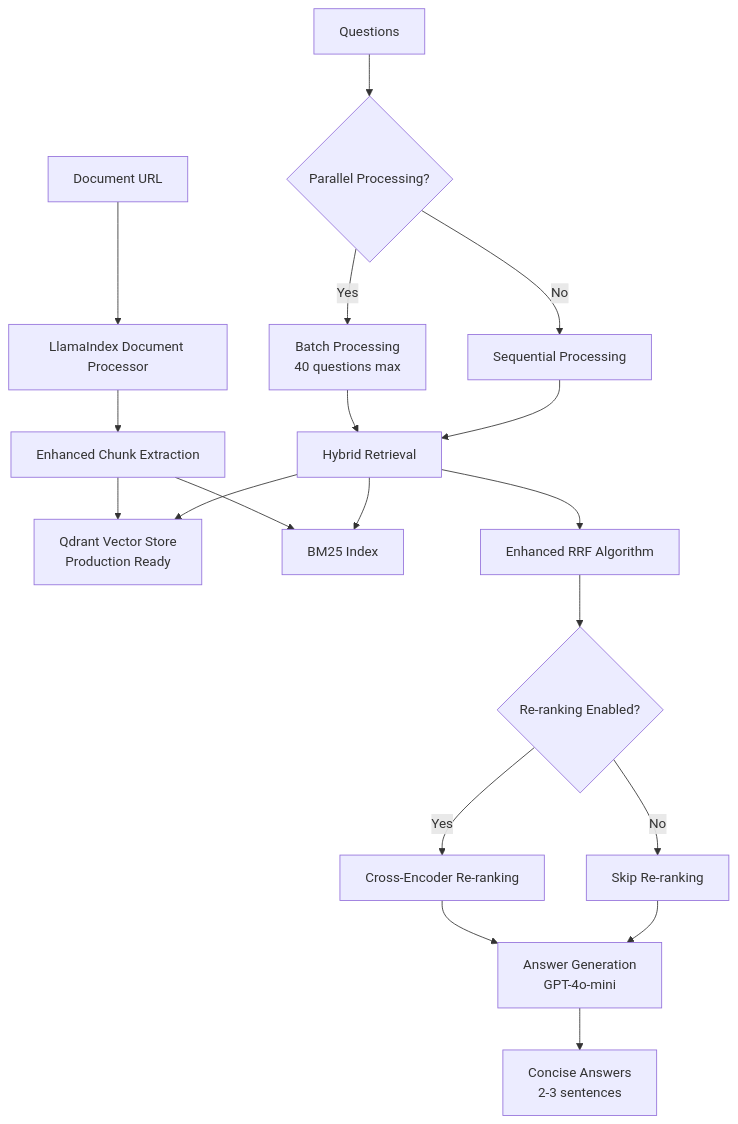
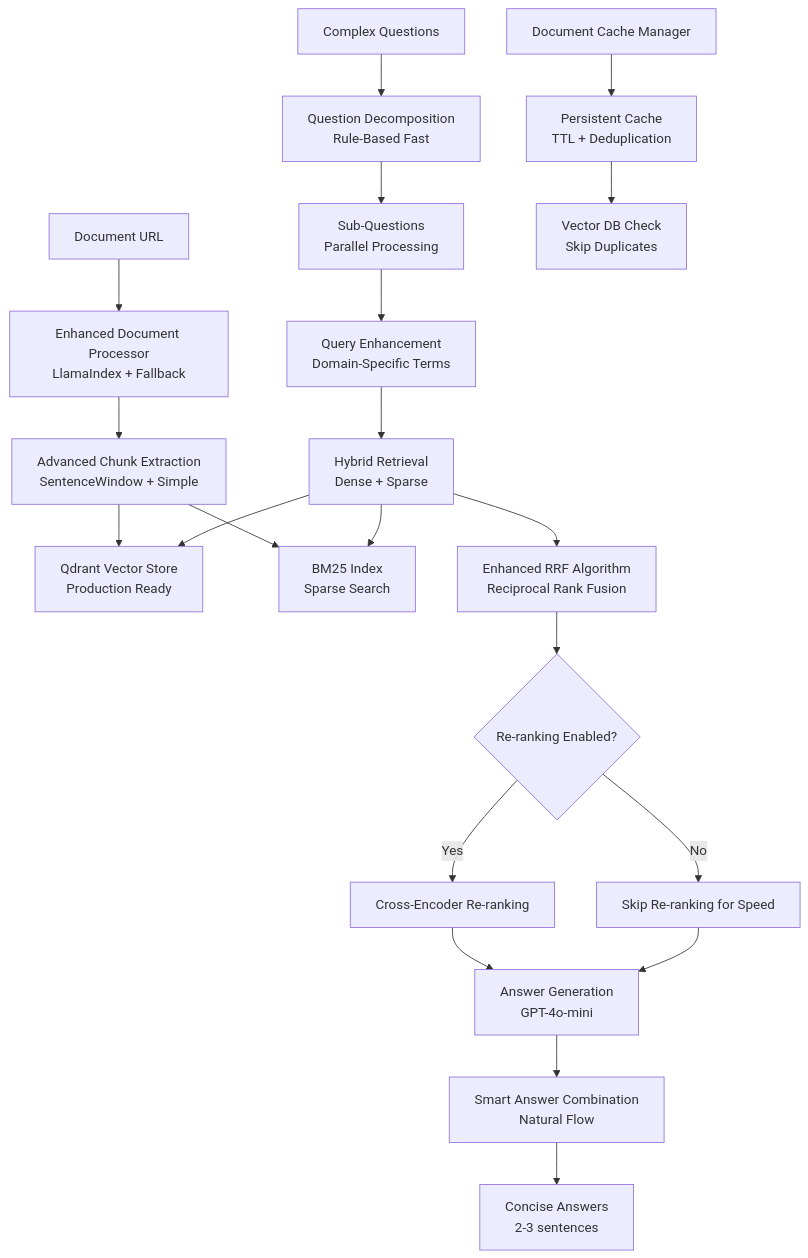
One commit to thearpankumar/BajajFinsev-HackRx6-LLM changed the diagram in README.md. Above: the diagram before and after it, drawn with Mermaid. The commit also changed other lines of this file and 17 other files, not shown here.

Commit message:
code to handle complex questions

````diff
--- a/README.md
+++ b/README.md
@@ -52,25 +66,28 @@
 ```mermaid
 graph TB
-    A[Document URL] --> B[LlamaIndex Document Processor]
-    B --> C[Enhanced Chunk Extraction]
+    A[Document URL] --> B[Enhanced Document Processor<br/>LlamaIndex + Fallback]
+    B --> C[Advanced Chunk Extraction<br/>SentenceWindow + Simple]
     C --> D[Qdrant Vector Store<br/>Production Ready]
-    C --> E[BM25 Index]
+    C --> E[BM25 Index<br/>Sparse Search]
     
-    F[Questions] --> G{Parallel Processing?}
-    G -->|Yes| H[Batch Processing<br/>40 questions max]
-    G -->|No| I[Sequential Processing]
+    F[Complex Questions] --> G[Question Decomposition<br/>Rule-Based Fast]
+    G --> H[Sub-Questions<br/>Parallel Processing]
     
-    H --> J[Hybrid Retrieval]
-    I --> J
+    H --> I[Query Enhancement<br/>Domain-Specific Terms]
+    I --> J[Hybrid Retrieval<br/>Dense + Sparse]
     J --> D
     J --> E
     
-    J --> K[Enhanced RRF Algorithm]
+    J --> K[Enhanced RRF Algorithm<br/>Reciprocal Rank Fusion]
     K --> L{Re-ranking Enabled?}
     L -->|Yes| M[Cross-Encoder Re-ranking]
-    L -->|No| N[Skip Re-ranking]
+    L -->|No| N[Skip Re-ranking for Speed]
     M --> O[Answer Generation<br/>GPT-4o-mini]
     N --> O
     
-    O --> P[Concise Answers<br/>2-3 sentences]
+    O --> P[Smart Answer Combination<br/>Natural Flow]
+    P --> Q[Concise Answers<br/>2-3 sentences]
+    
+    R[Document Cache Manager] --> S[Persistent Cache<br/>TTL + Deduplication]
+    S --> T[Vector DB Check<br/>Skip Duplicates]
 ```
````
